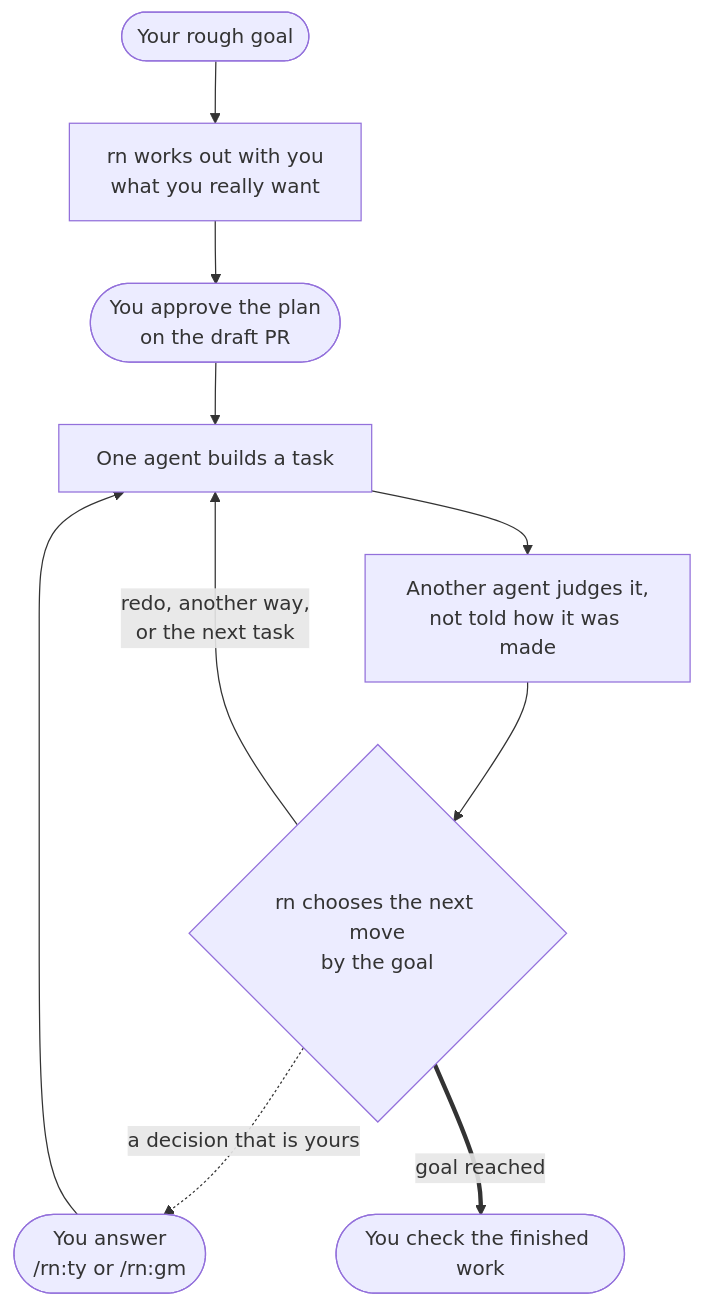
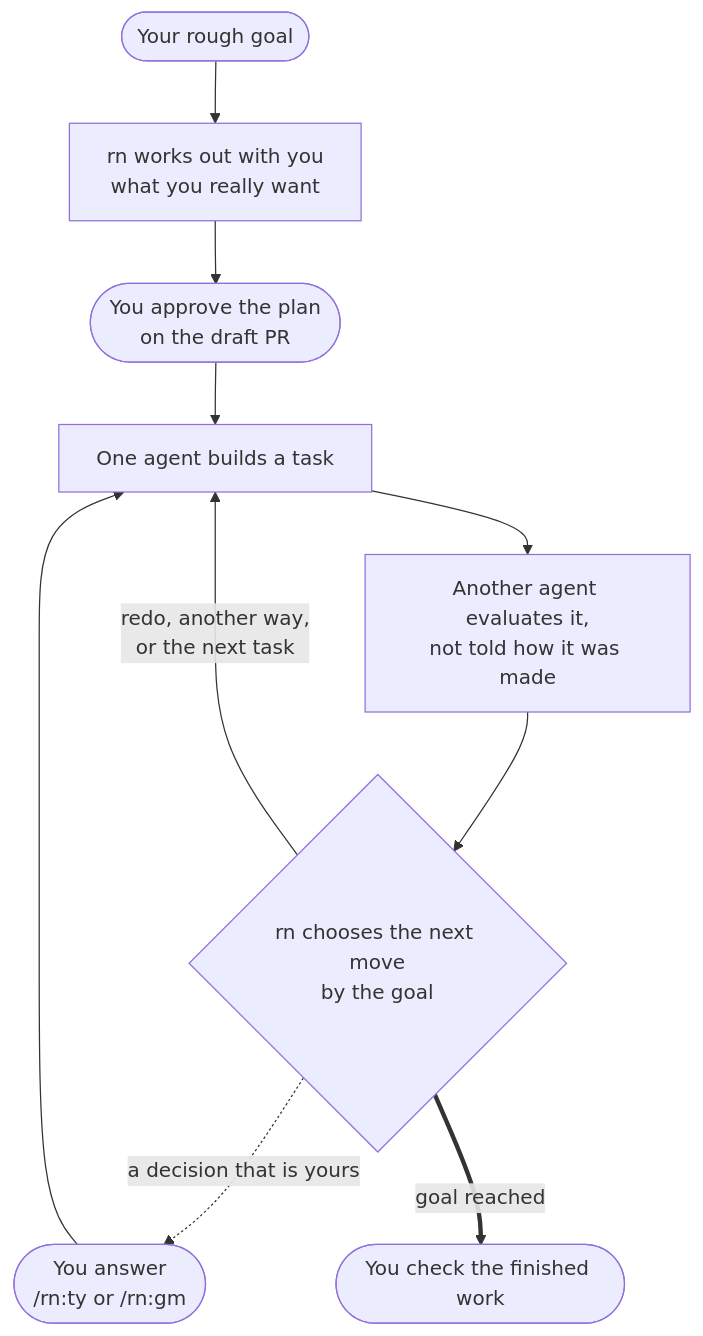
One commit to lovaizu/ccpm changed the diagram in rn/README.md. Above: the diagram before and after it, drawn with Mermaid. The commit also changed other lines of this file and 7 other files, not shown here.

````diff
--- a/rn/README.md
+++ b/rn/README.md
@@ -21,12 +21,12 @@
 ```mermaid
 flowchart TD
   G([Your rough goal]) --> O[rn works out with you<br/>what you really want]
   O --> P([You approve the plan<br/>on the draft PR])
   P --> B[One agent builds a task]
-  B --> J[Another agent judges it,<br/>not told how it was made]
+  B --> J[Another agent evaluates it,<br/>not told how it was made]
   J --> C{rn chooses the next move<br/>by the goal}
   C -->|redo, another way,<br/>or the next task| B
   C -.->|a decision that is yours| Y([You answer<br/>/rn:ty or /rn:gm])
   Y --> B
   C ==>|goal reached| D([You check the finished work])
 ```
````
